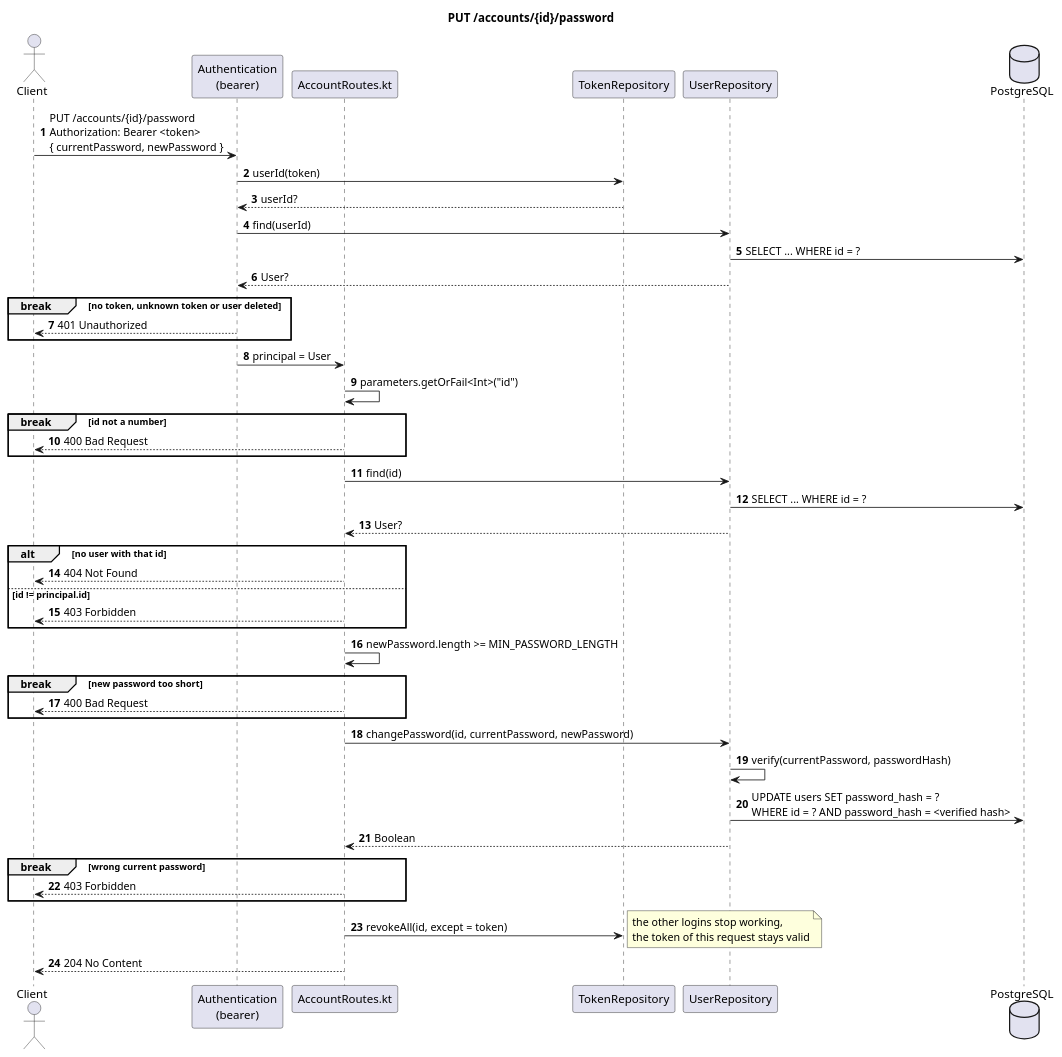
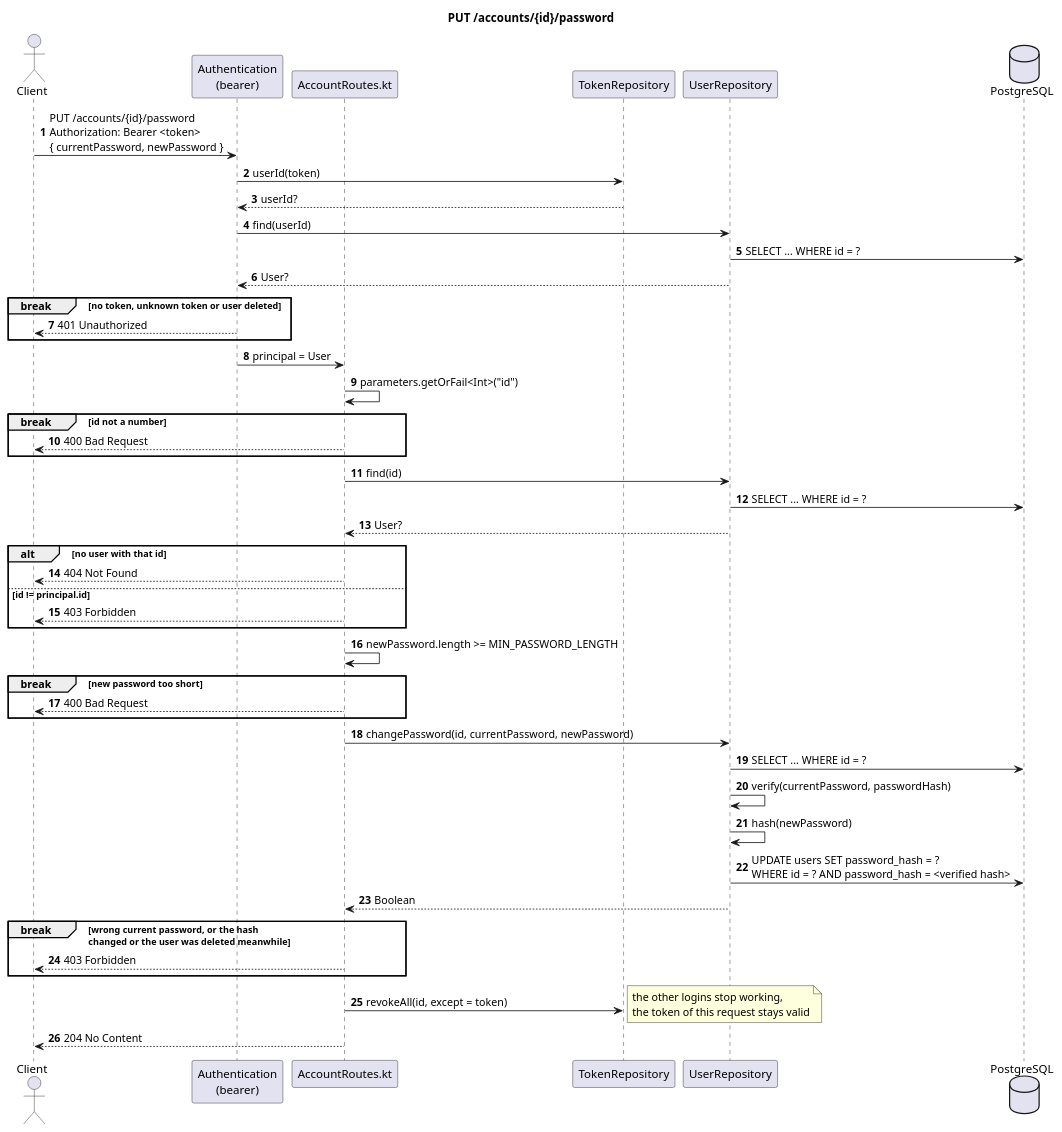
The diagram in docs/diagrams/sequence-change-password.puml (Rent-a-car-38291/rent-a-car), drawn with PlantUML before and after one commit. The commit also changed 3 other files, not shown here.

Commit message:
Show the extra queries in the change password sequence diagram

```diff
--- a/docs/diagrams/sequence-change-password.puml
+++ b/docs/diagrams/sequence-change-password.puml
@@ -1,54 +1,56 @@
 @startuml
 title PUT /accounts/{id}/password
 autonumber
 
 actor Client
 participant "Authentication\n(bearer)" as Auth
 participant "AccountRoutes.kt" as Route
 participant TokenRepository
 participant UserRepository
 database PostgreSQL
 
 Client -> Auth : PUT /accounts/{id}/password\nAuthorization: Bearer <token>\n{ currentPassword, newPassword }
 Auth -> TokenRepository : userId(token)
 TokenRepository --> Auth : userId?
 Auth -> UserRepository : find(userId)
 UserRepository -> PostgreSQL : SELECT ... WHERE id = ?
 UserRepository --> Auth : User?
 break no token, unknown token or user deleted
   Auth --> Client : 401 Unauthorized
 end
 Auth -> Route : principal = User
 
 Route -> Route : parameters.getOrFail<Int>("id")
 break id not a number
   Route --> Client : 400 Bad Request
 end
 
 Route -> UserRepository : find(id)
 UserRepository -> PostgreSQL : SELECT ... WHERE id = ?
 UserRepository --> Route : User?
 alt no user with that id
   Route --> Client : 404 Not Found
 else id != principal.id
   Route --> Client : 403 Forbidden
 end
 
 Route -> Route : newPassword.length >= MIN_PASSWORD_LENGTH
 break new password too short
   Route --> Client : 400 Bad Request
 end
 
 Route -> UserRepository : changePassword(id, currentPassword, newPassword)
+UserRepository -> PostgreSQL : SELECT ... WHERE id = ?
 UserRepository -> UserRepository : verify(currentPassword, passwordHash)
+UserRepository -> UserRepository : hash(newPassword)
 UserRepository -> PostgreSQL : UPDATE users SET password_hash = ?\nWHERE id = ? AND password_hash = <verified hash>
 UserRepository --> Route : Boolean
-break wrong current password
+break wrong current password, or the hash\nchanged or the user was deleted meanwhile
   Route --> Client : 403 Forbidden
 end
 
 Route -> TokenRepository : revokeAll(id, except = token)
 note right : the other logins stop working,\nthe token of this request stays valid
 Route --> Client : 204 No Content
 
 @enduml
```
